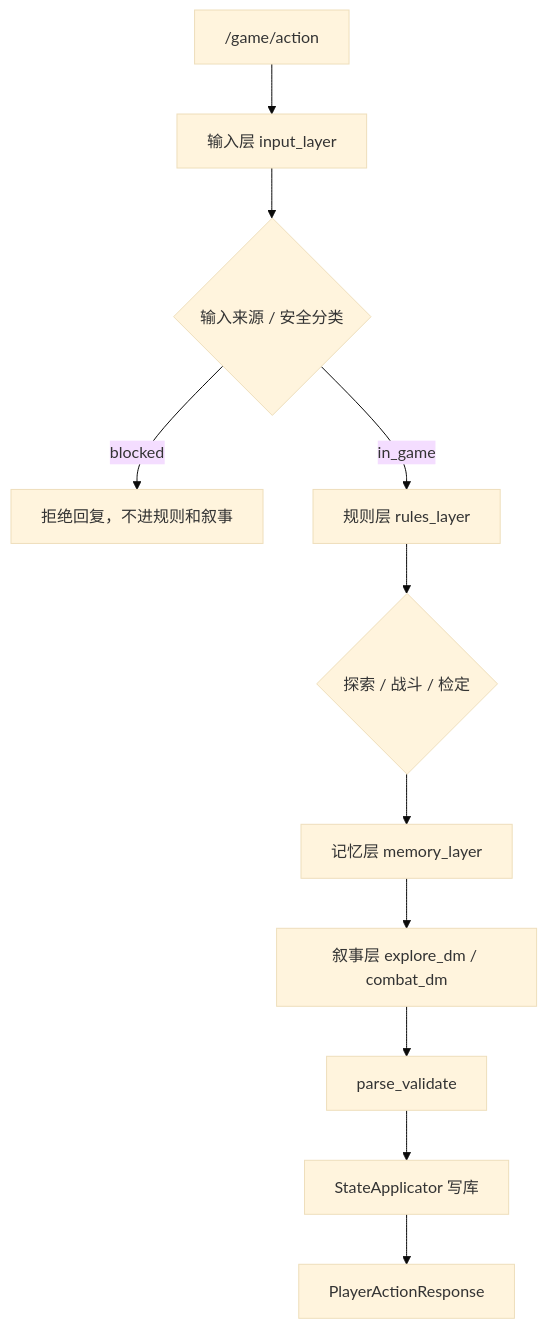
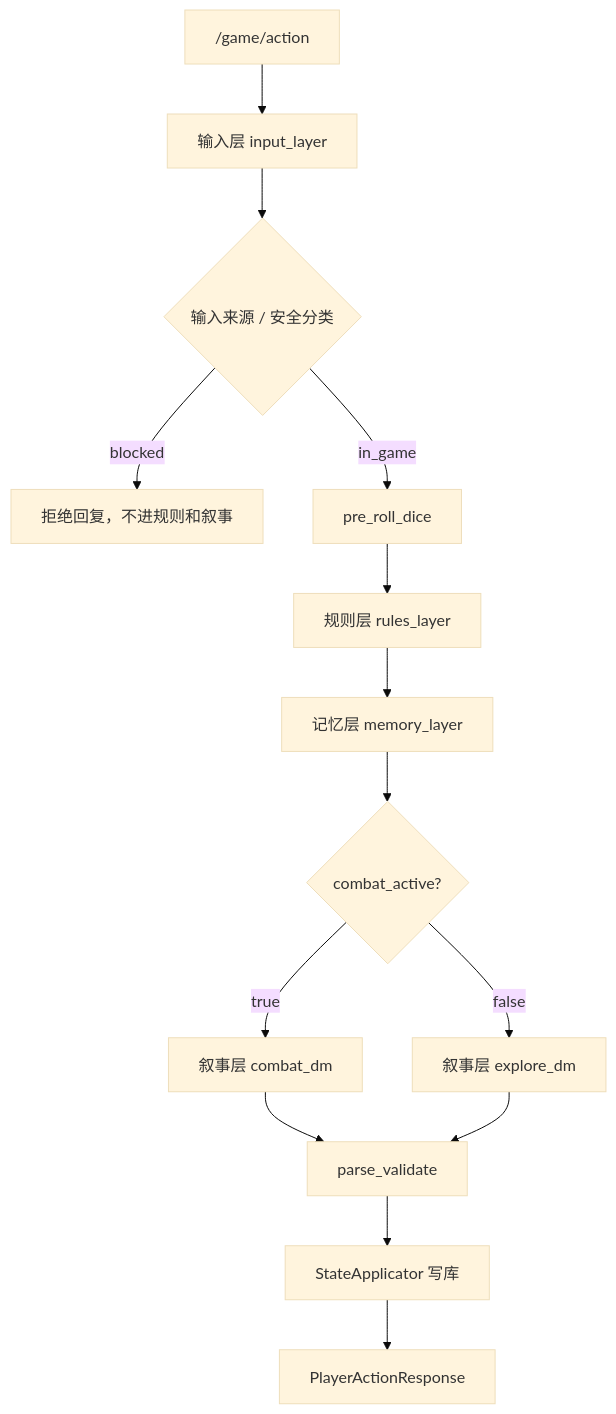
Before and after one commit to xy92435952/ai-dnd-5e: the first of 2 diagrams in doc/Technical_Architecture.md, drawn with Mermaid (base theme). The commit also changed other lines of this file and 49 other files, not shown here.

````diff
--- a/doc/Technical_Architecture.md
+++ b/doc/Technical_Architecture.md
@@ -116,13 +126,16 @@
 ```mermaid
 flowchart TD
   A["/game/action"] --> B["输入层 input_layer"]
   B --> C{"输入来源 / 安全分类"}
   C -->|blocked| X["拒绝回复，不进规则和叙事"]
-  C -->|in_game| D["规则层 rules_layer"]
-  D --> E{"探索 / 战斗 / 检定"}
-  E --> F["记忆层 memory_layer"]
-  F --> G["叙事层 explore_dm / combat_dm"]
-  G --> H["parse_validate"]
+  C -->|in_game| P["pre_roll_dice"]
+  P --> D["规则层 rules_layer"]
+  D --> F["记忆层 memory_layer"]
+  F --> E{"combat_active?"}
+  E -->|true| G1["叙事层 combat_dm"]
+  E -->|false| G2["叙事层 explore_dm"]
+  G1 --> H["parse_validate"]
+  G2 --> H["parse_validate"]
   H --> I["StateApplicator 写库"]
   I --> J["PlayerActionResponse"]
 ```
````
